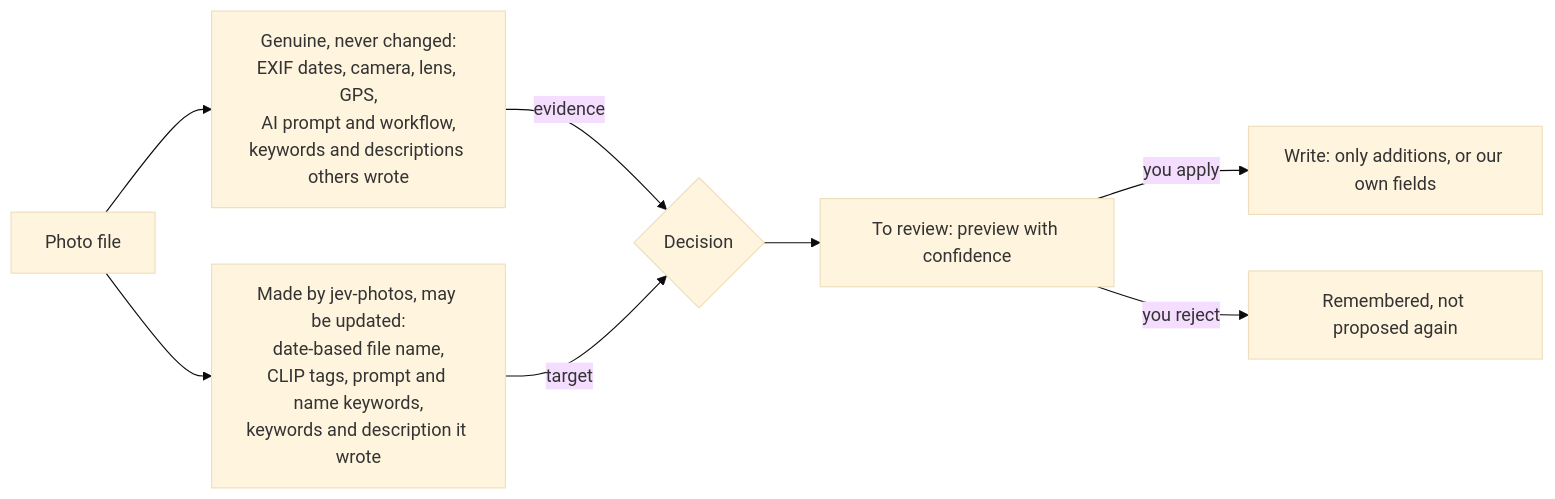
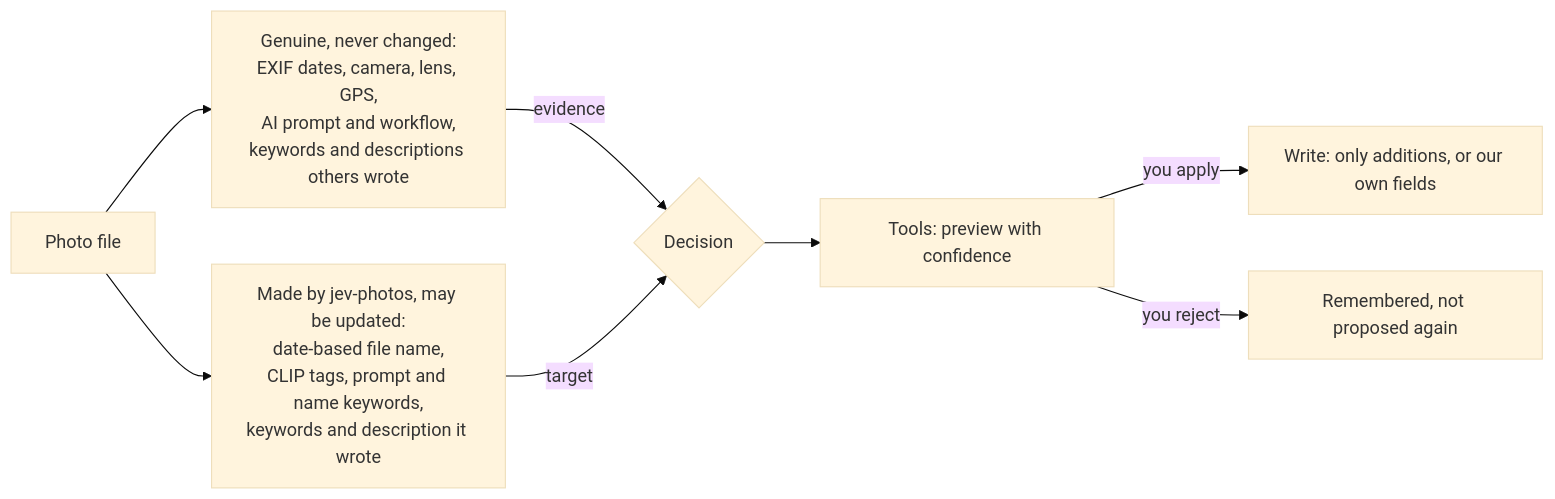
Before and after one commit to jstdlee/jev-photos: the first of 4 diagrams in README.md, drawn with Mermaid (base theme). The commit also changed other lines of this file and 16 other files, not shown here.

````diff
--- a/README.md
+++ b/README.md
@@ -389,10 +404,10 @@
 ```mermaid
 flowchart LR
     F[Photo file] --> G["Genuine, never changed:<br/>EXIF dates, camera, lens, GPS,<br/>AI prompt and workflow,<br/>keywords and descriptions others wrote"]
     F --> M["Made by jev-photos, may be updated:<br/>date-based file name,<br/>CLIP tags, prompt and name keywords,<br/>keywords and description it wrote"]
     G -->|evidence| D{Decision}
     M -->|target| D
-    D --> R[To review: preview with confidence]
+    D --> R[Tools: preview with confidence]
     R -->|you apply| W[Write: only additions, or our own fields]
     R -->|you reject| X[Remembered, not proposed again]
 ```
````
